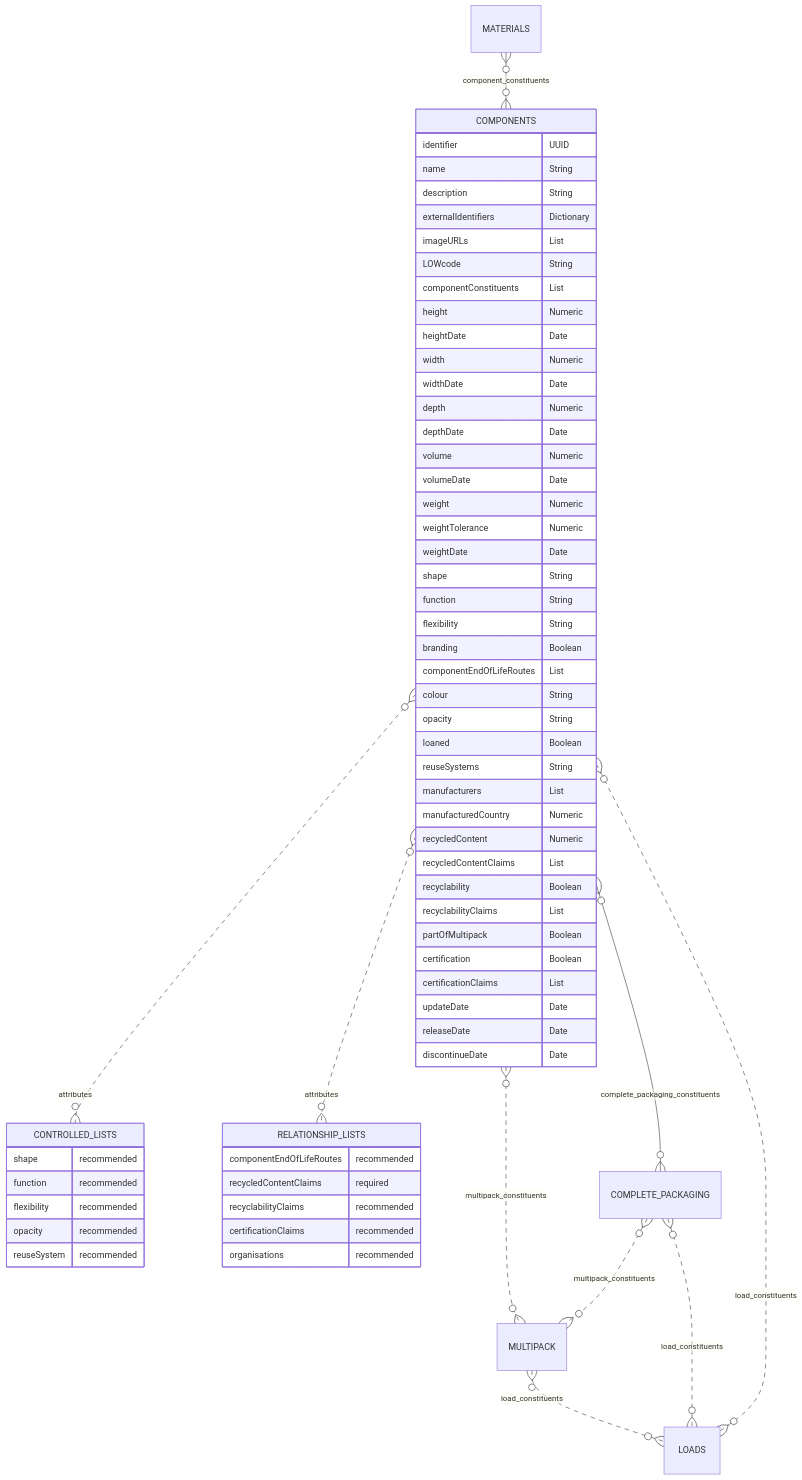
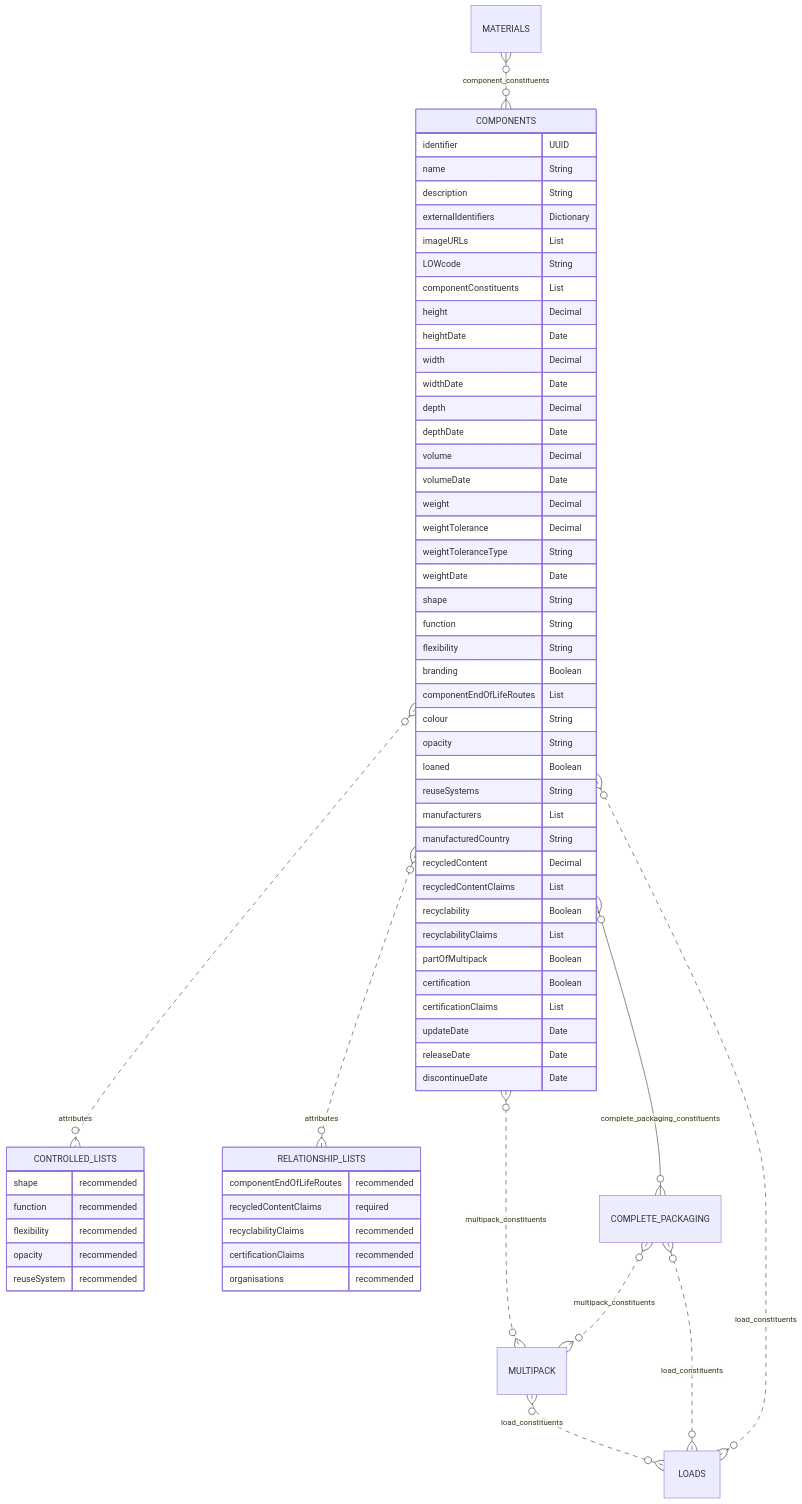
Before and after one commit to OpenDataManchester/Open3P: the diagram in docs/3_Data_Specification/3_3_Components.md, drawn with Mermaid. The commit also changed other lines of this file, not shown here.

Commit message:
Changed Numeric format in Components

````diff
--- a/docs/3_Data_Specification/3_3_Components.md
+++ b/docs/3_Data_Specification/3_3_Components.md
@@ -56,67 +56,68 @@
 ``` mermaid
 erDiagram
 MATERIALS }o--o{ COMPONENTS : component_constituents
   COMPONENTS {
     identifier UUID
     name String
     description String
     externalIdentifiers Dictionary
     imageURLs List
     LOWcode String
     componentConstituents List
-    height Numeric
+    height Decimal
     heightDate Date
-    width Numeric
+    width Decimal
     widthDate Date
-    depth Numeric
+    depth Decimal
     depthDate Date
-    volume Numeric
+    volume Decimal
     volumeDate Date
-    weight Numeric
-    weightTolerance Numeric
+    weight Decimal
+    weightTolerance Decimal
+    weightToleranceType String
     weightDate Date
     shape String
     function String
     flexibility String
     branding Boolean
     componentEndOfLifeRoutes List
     colour String
     opacity String
     loaned Boolean
     reuseSystems String
     manufacturers List
-    manufacturedCountry Numeric
-    recycledContent Numeric
+    manufacturedCountry String
+    recycledContent Decimal
     recycledContentClaims List
     recyclability Boolean
     recyclabilityClaims List
     partOfMultipack Boolean
     certification Boolean
     certificationClaims List
     updateDate Date
     releaseDate Date
     discontinueDate Date
   }
   COMPONENTS }o..o{ CONTROLLED_LISTS : attributes
   COMPONENTS }o..o{ RELATIONSHIP_LISTS : attributes
   COMPONENTS }o--o{ COMPLETE_PACKAGING : complete_packaging_constituents
   COMPONENTS }o..o{ MULTIPACK : multipack_constituents
   MULTIPACK }o..o{ LOADS : load_constituents
   COMPLETE_PACKAGING }o..o{ MULTIPACK : multipack_constituents
   COMPLETE_PACKAGING }o..o{ LOADS : load_constituents
   COMPONENTS }o..o{ LOADS : load_constituents
     CONTROLLED_LISTS {
     shape recommended
     function recommended
     flexibility recommended
     opacity recommended
     reuseSystem recommended
   }
   RELATIONSHIP_LISTS {
     componentEndOfLifeRoutes recommended
     recycledContentClaims required
     recyclabilityClaims recommended
     certificationClaims recommended
     organisations recommended
   }
 ```
````
